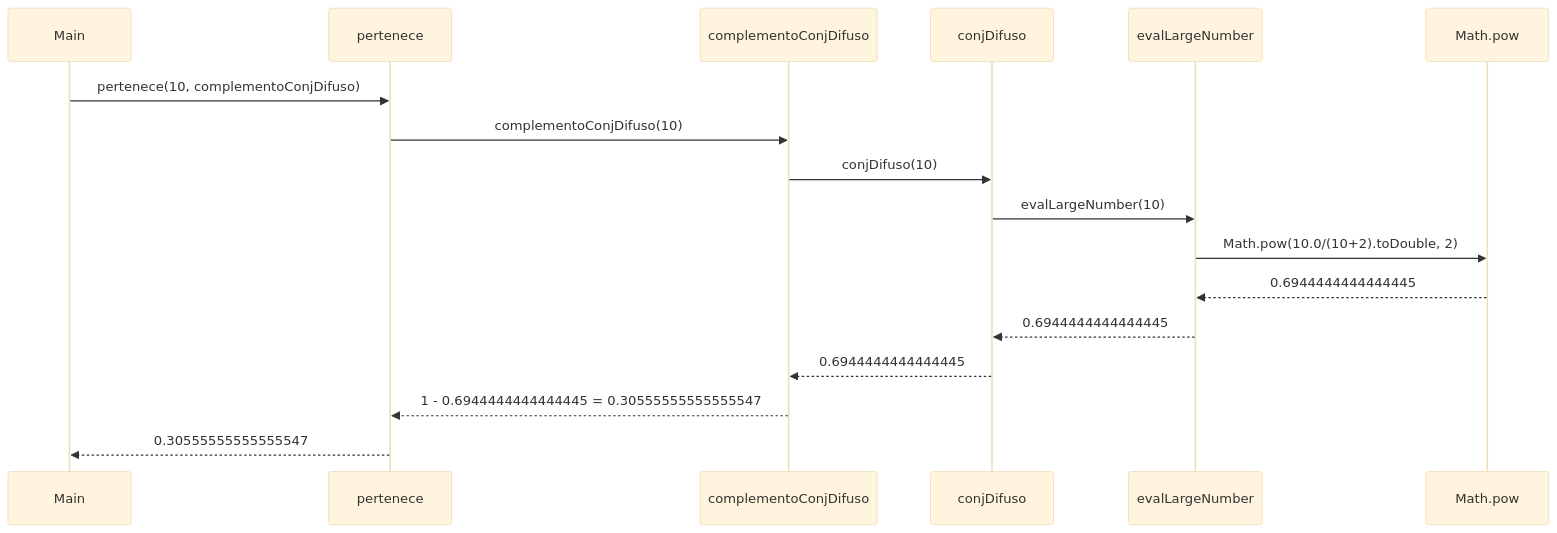
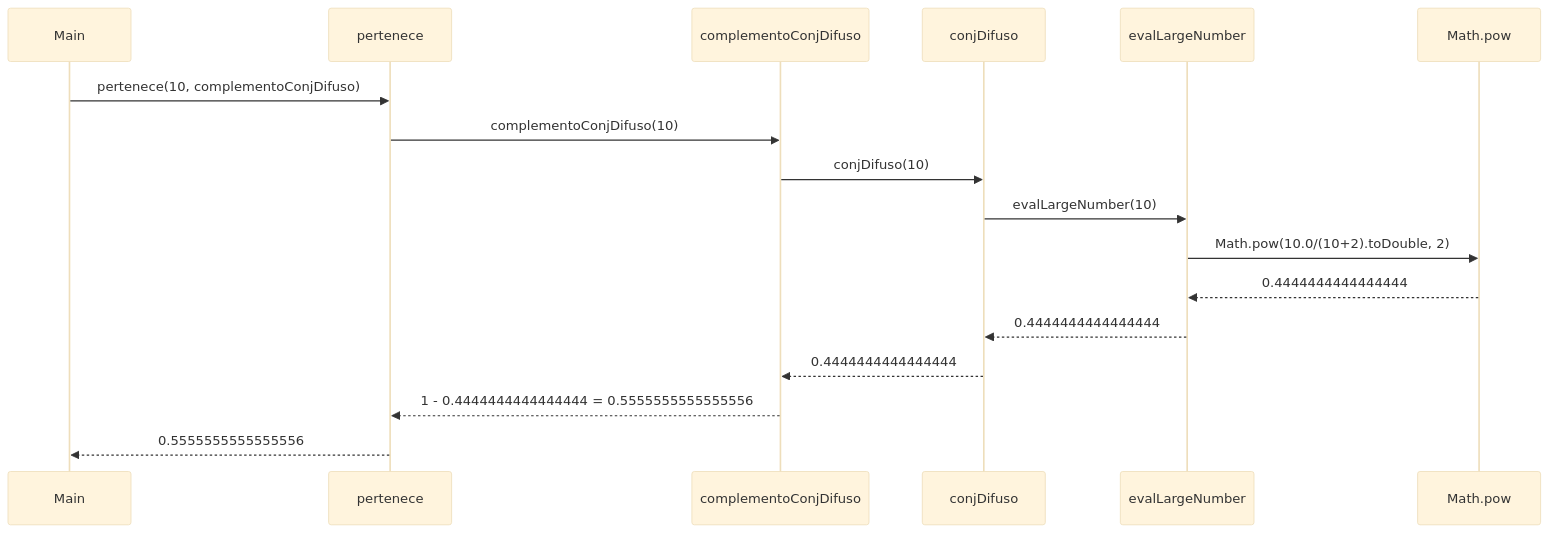
The diagram in docs/ProcesoComplemento.md (2025-II-PFC-FLP/taller-2-pfc-2025-ii-taller-2-pfc-1), drawn with Mermaid (base theme) before and after one commit. The commit also changed other lines of this file and 3 other files, not shown here.

````diff
--- a/docs/ProcesoComplemento.md
+++ b/docs/ProcesoComplemento.md
@@ -92,21 +92,19 @@
-```mermaid
-sequenceDiagram
-    participant Main as Main
-    participant pertenece as pertenece
-    participant complemento as complementoConjDifuso
-    participant grande as conjDifuso
-    participant eval as evalLargeNumber
-    participant Math as Math.pow
-
-    Main->>pertenece: pertenece(10, complementoConjDifuso)
-    pertenece->>complemento: complementoConjDifuso(10)
-    complemento->>grande: conjDifuso(10)
-    grande->>eval: evalLargeNumber(10)
-    eval->>Math: Math.pow(10.0/(10+2).toDouble, 2)
-    Math-->>eval: 0.6944444444444445
-    eval-->>grande: 0.6944444444444445
-    grande-->>complemento: 0.6944444444444445
-    complemento-->>pertenece: 1 - 0.6944444444444445 = 0.30555555555555547
-    pertenece-->>Main: 0.30555555555555547
-
+```mermaid  
+sequenceDiagram  
+ participant Main as Main 
+ participant pertenece as pertenece 
+ participant complemento as complementoConjDifuso 
+ participant grande as conjDifuso 
+ participant eval as evalLargeNumber 
+ participant Math as Math.pow  
+ Main->>pertenece: pertenece(10, complementoConjDifuso)
+ pertenece->>complemento: complementoConjDifuso(10) 
+ complemento->>grande: conjDifuso(10) 
+ grande->>eval: evalLargeNumber(10) 
+ eval->>Math: Math.pow(10.0/(10+2).toDouble, 2) 
+ Math-->>eval: 0.4444444444444444 
+ eval-->>grande: 0.4444444444444444
+ grande-->>complemento: 0.4444444444444444
+ complemento-->>pertenece: 1 - 0.4444444444444444 = 0.5555555555555556
+ pertenece-->>Main: 0.5555555555555556
 ```
````
